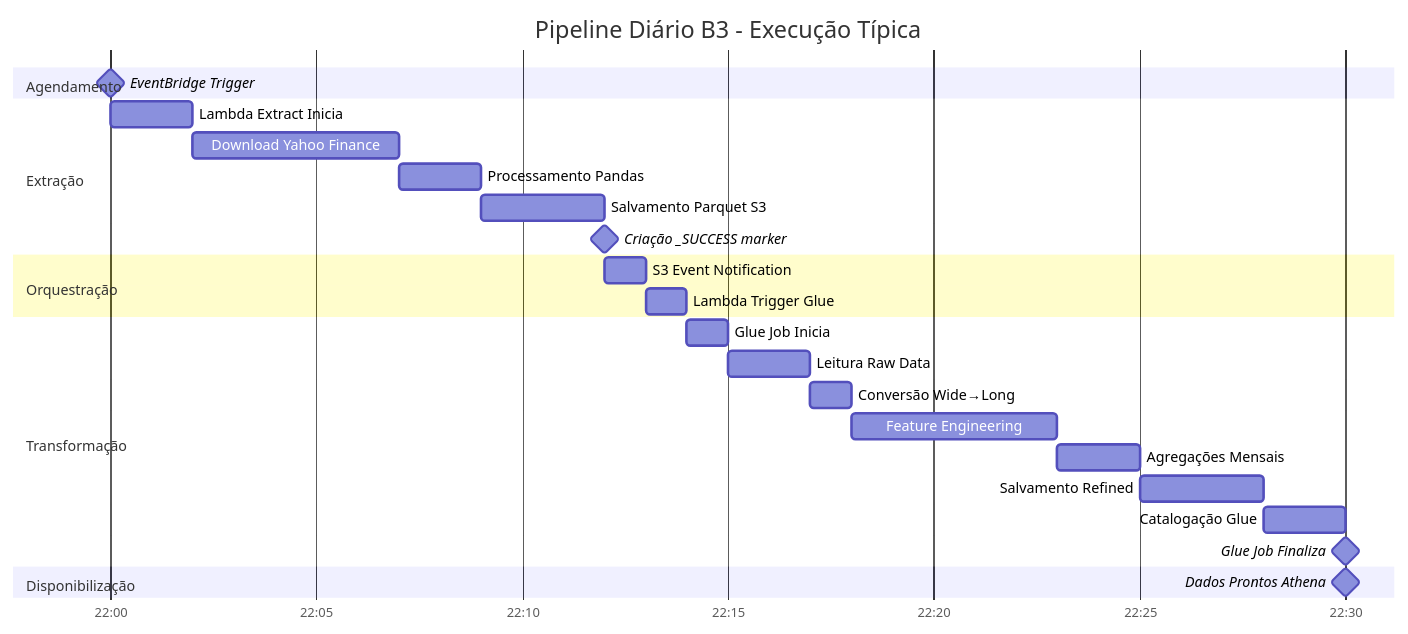
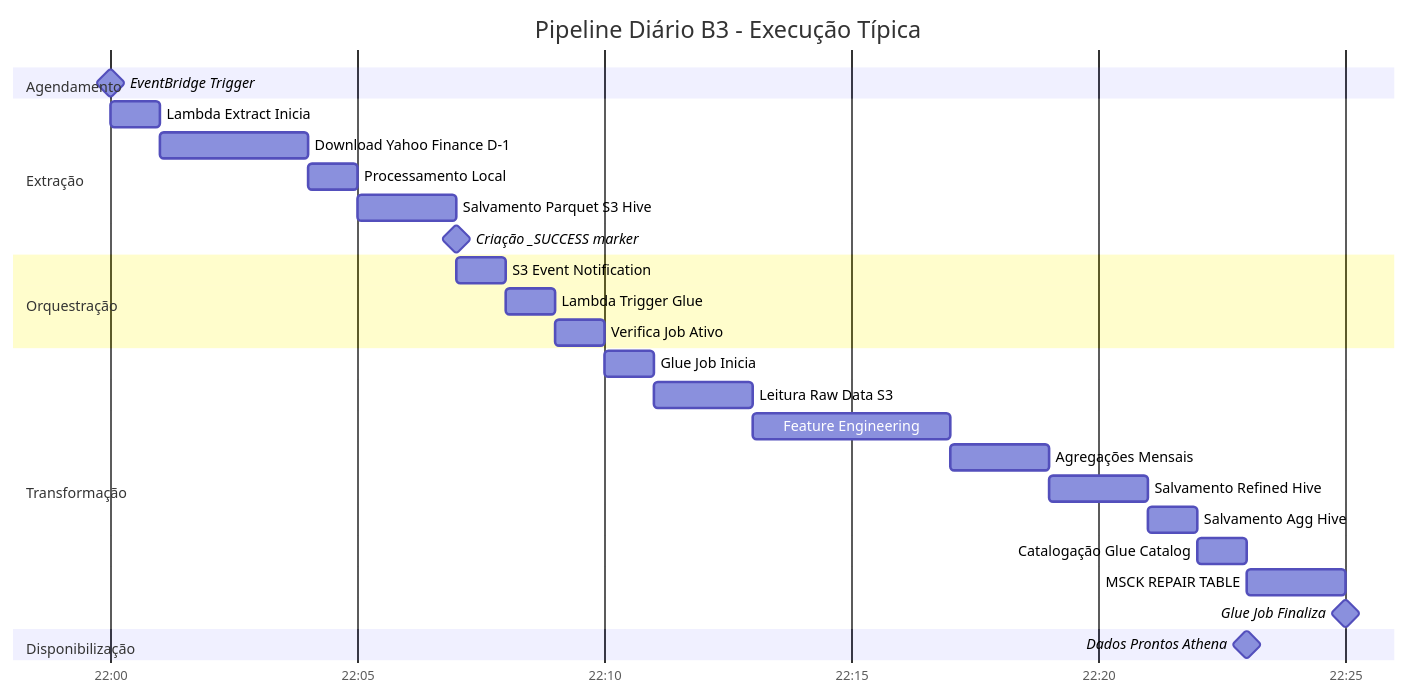
The fourth of 6 diagrams in ARQUITETURA.md (WilliamSMendes/tech_challenge_2_mlet), drawn with Mermaid before and after one commit. The commit also changed other lines of this file and 5 other files, not shown here.

````diff
--- a/ARQUITETURA.md
+++ b/ARQUITETURA.md
@@ -197,33 +197,35 @@
 ```mermaid
 gantt
     title Pipeline Diário B3 - Execução Típica
     dateFormat HH:mm
     axisFormat %H:%M
 
     section Agendamento
     EventBridge Trigger           :milestone, m1, 22:00, 0m
 
     section Extração
-    Lambda Extract Inicia         :e1, 22:00, 2m
-    Download Yahoo Finance        :e2, after e1, 5m
-    Processamento Pandas          :e3, after e2, 2m
-    Salvamento Parquet S3         :e4, after e3, 3m
+    Lambda Extract Inicia         :e1, 22:00, 1m
+    Download Yahoo Finance D-1    :e2, after e1, 3m
+    Processamento Local           :e3, after e2, 1m
+    Salvamento Parquet S3 Hive    :e4, after e3, 2m
     Criação _SUCCESS marker       :milestone, m2, after e4, 0m
 
     section Orquestração
     S3 Event Notification         :o1, after e4, 1m
     Lambda Trigger Glue           :o2, after o1, 1m
+    Verifica Job Ativo            :o3, after o2, 1m
 
     section Transformação
-    Glue Job Inicia               :t1, after o2, 1m
-    Leitura Raw Data              :t2, after t1, 2m
-    Conversão Wide→Long           :t3, after t2, 1m
-    Feature Engineering           :t4, after t3, 5m
-    Agregações Mensais            :t5, after t4, 2m
-    Salvamento Refined            :t6, after t5, 3m
-    Catalogação Glue              :t7, after t6, 2m
-    Glue Job Finaliza             :milestone, m3, after t7, 0m
+    Glue Job Inicia               :t1, after o3, 1m
+    Leitura Raw Data S3           :t2, after t1, 2m
+    Feature Engineering           :t3, after t2, 4m
+    Agregações Mensais            :t4, after t3, 2m
+    Salvamento Refined Hive       :t5, after t4, 2m
+    Salvamento Agg Hive           :t6, after t5, 1m
+    Catalogação Glue Catalog      :t7, after t6, 1m
+    MSCK REPAIR TABLE             :t8, after t7, 2m
+    Glue Job Finaliza             :milestone, m3, after t8, 0m
 
     section Disponibilização
     Dados Prontos Athena          :milestone, m4, after t7, 0m
 ```
````
